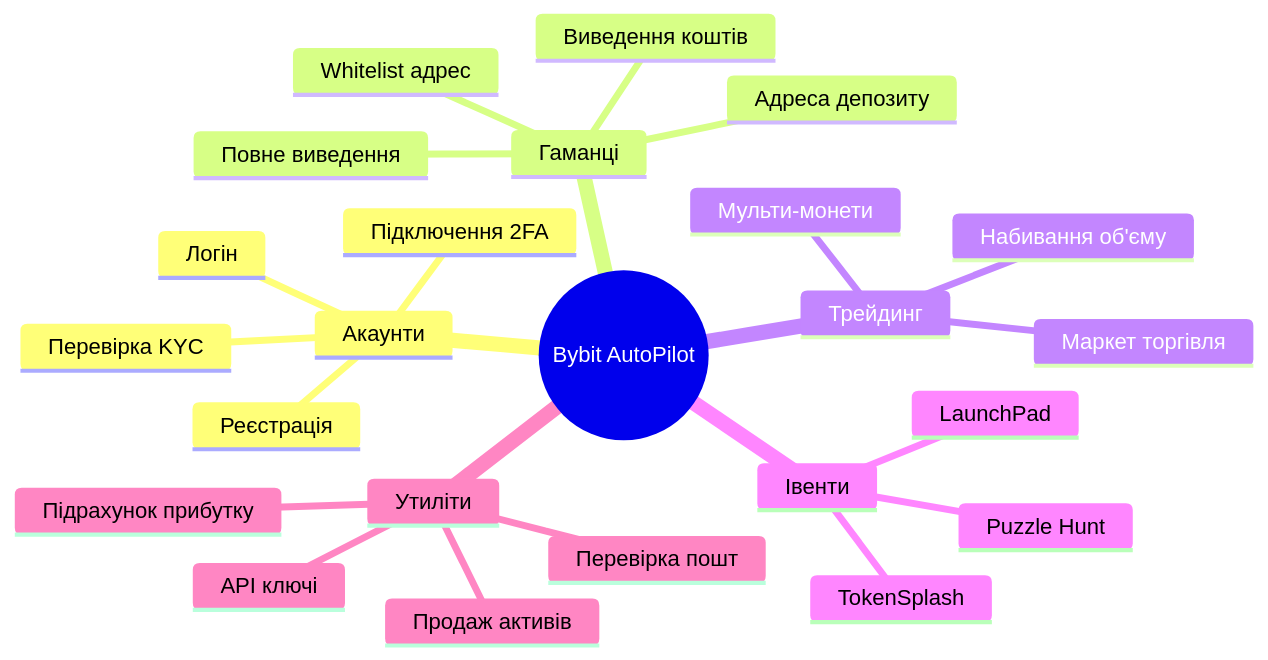
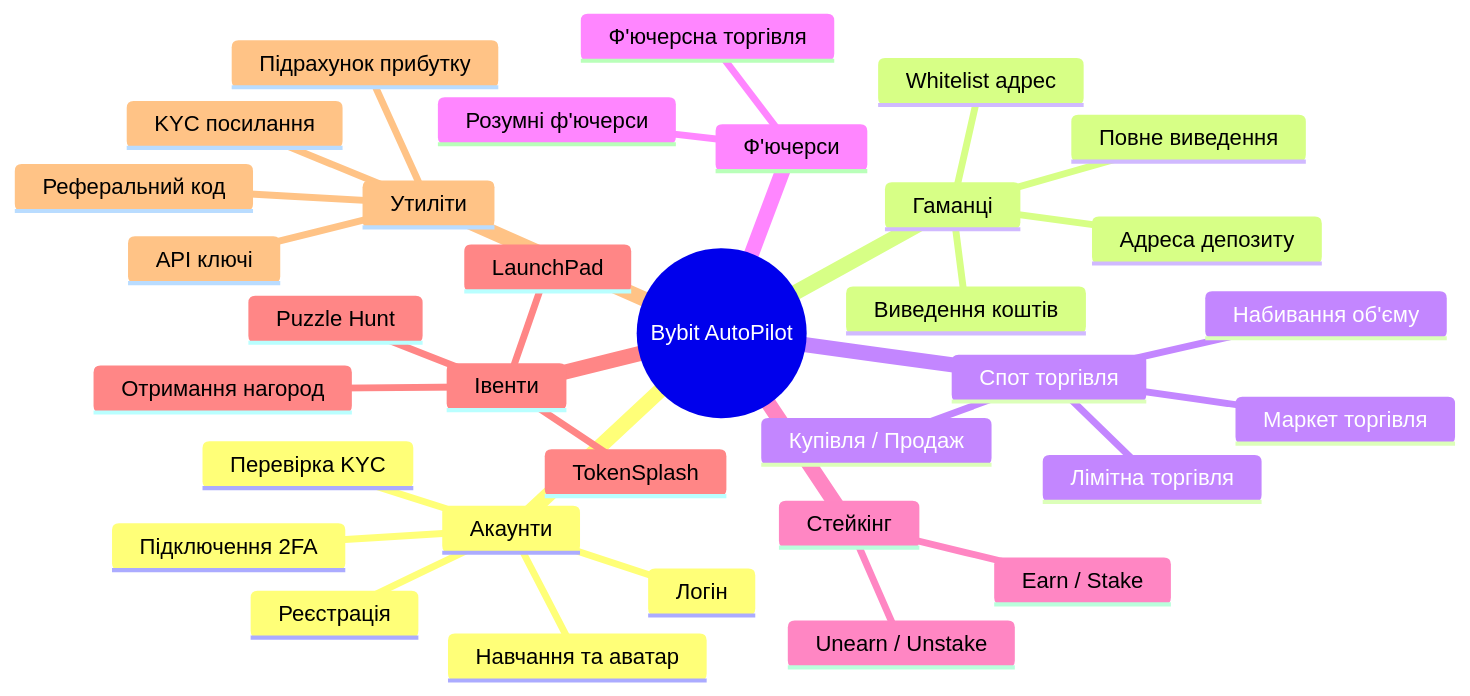
One commit to AutoPilotSoftware/docs changed the second of 11 diagrams in src/content/docs/ua/bybit-autopilot.md. Above: the diagram before and after it, drawn with Mermaid. The commit also changed other lines of this file and 5 other files, not shown here.

````diff
--- a/src/content/docs/ua/bybit-autopilot.md
+++ b/src/content/docs/ua/bybit-autopilot.md
@@ -78,27 +78,36 @@
 ```mermaid
 mindmap
   root((Bybit AutoPilot))
     Акаунти
       Реєстрацiя
       Логiн
       Перевiрка KYC
       Пiдключення 2FA
+      Навчання та аватар
     Гаманцi
       Адреса депозиту
       Whitelist адрес
       Виведення коштiв
       Повне виведення
-    Трейдинг
+    Спот торгiвля
       Маркет торгiвля
+      Лiмiтна торгiвля
+      Купiвля / Продаж
       Набивання об'єму
-      Мульти-монети
+    Ф'ючерси
+      Ф'ючерсна торгiвля
+      Розумнi ф'ючерси
+    Стейкiнг
+      Earn / Stake
+      Unearn / Unstake
     Iвенти
       TokenSplash
       LaunchPad
       Puzzle Hunt
+      Отримання нагород
     Утилiти
       API ключi
       Пiдрахунок прибутку
-      Перевiрка пошт
-      Продаж активiв
+      Реферальний код
+      KYC посилання
 ```
````
